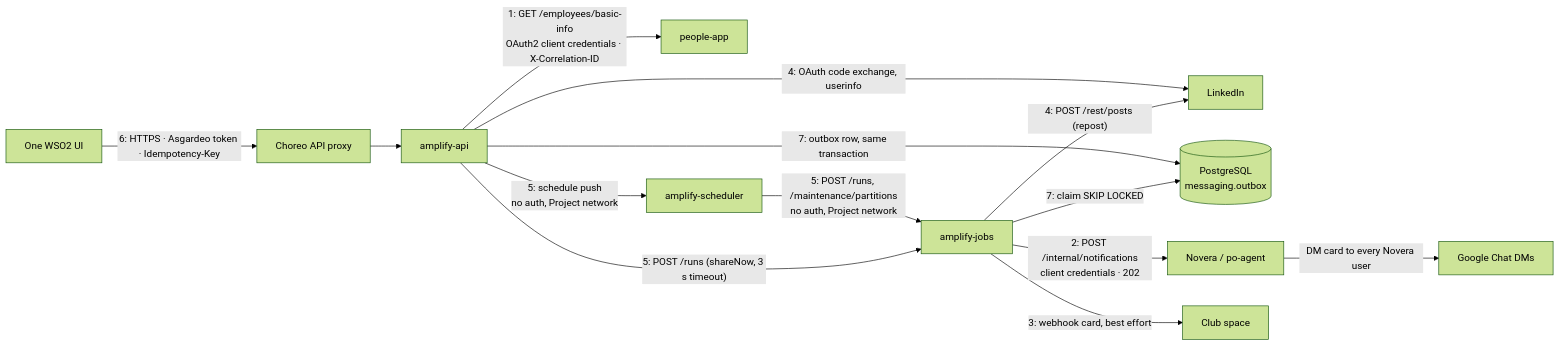
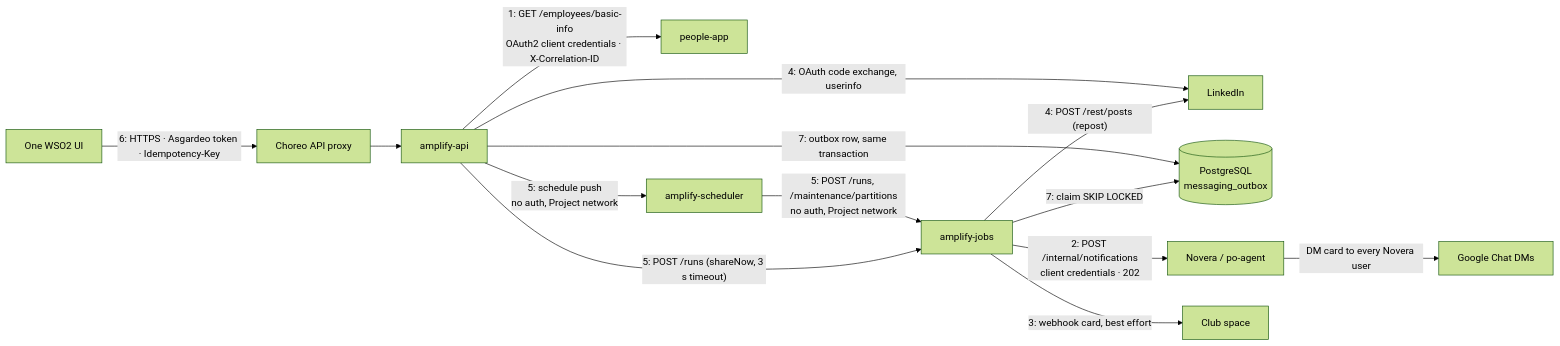
The diagram in apps/amplify/docs/reviews/2026-10-26-integration-boundaries.md (BechtelCanDoIt/marketing-tools), drawn with Mermaid (forest theme) before and after one commit. The commit also changed other lines of this file and 170 other files, not shown here.

````diff
--- a/apps/amplify/docs/reviews/2026-10-26-integration-boundaries.md
+++ b/apps/amplify/docs/reviews/2026-10-26-integration-boundaries.md
@@ -9,16 +9,16 @@
 ```mermaid
 flowchart LR
     UI["One WSO2 UI"] -->|"6: HTTPS · Asgardeo token · Idempotency-Key"| PX["Choreo API proxy"]
     PX --> API["amplify-api"]
     API -->|"1: GET /employees/basic-info<br/>OAuth2 client credentials · X-Correlation-ID"| PA["people-app"]
     API -->|"5: schedule push<br/>no auth, Project network"| SCH["amplify-scheduler"]
     SCH -->|"5: POST /runs, /maintenance/partitions<br/>no auth, Project network"| JOBS["amplify-jobs"]
     API -->|"5: POST /runs (shareNow, 3 s timeout)"| JOBS
     API -->|"4: OAuth code exchange, userinfo"| LI["LinkedIn"]
-    API -->|"7: outbox row, same transaction"| DB[("PostgreSQL<br/>messaging.outbox")]
+    API -->|"7: outbox row, same transaction"| DB[("PostgreSQL<br/>messaging_outbox")]
     JOBS -->|"7: claim SKIP LOCKED"| DB
     JOBS -->|"2: POST /internal/notifications<br/>client credentials · 202"| NV["Novera / po-agent"]
     NV -->|"DM card to every Novera user"| GC["Google Chat DMs"]
     JOBS -->|"3: webhook card, best effort"| CLUB["Club space"]
     JOBS -->|"4: POST /rest/posts (repost)"| LI
 ```
````
